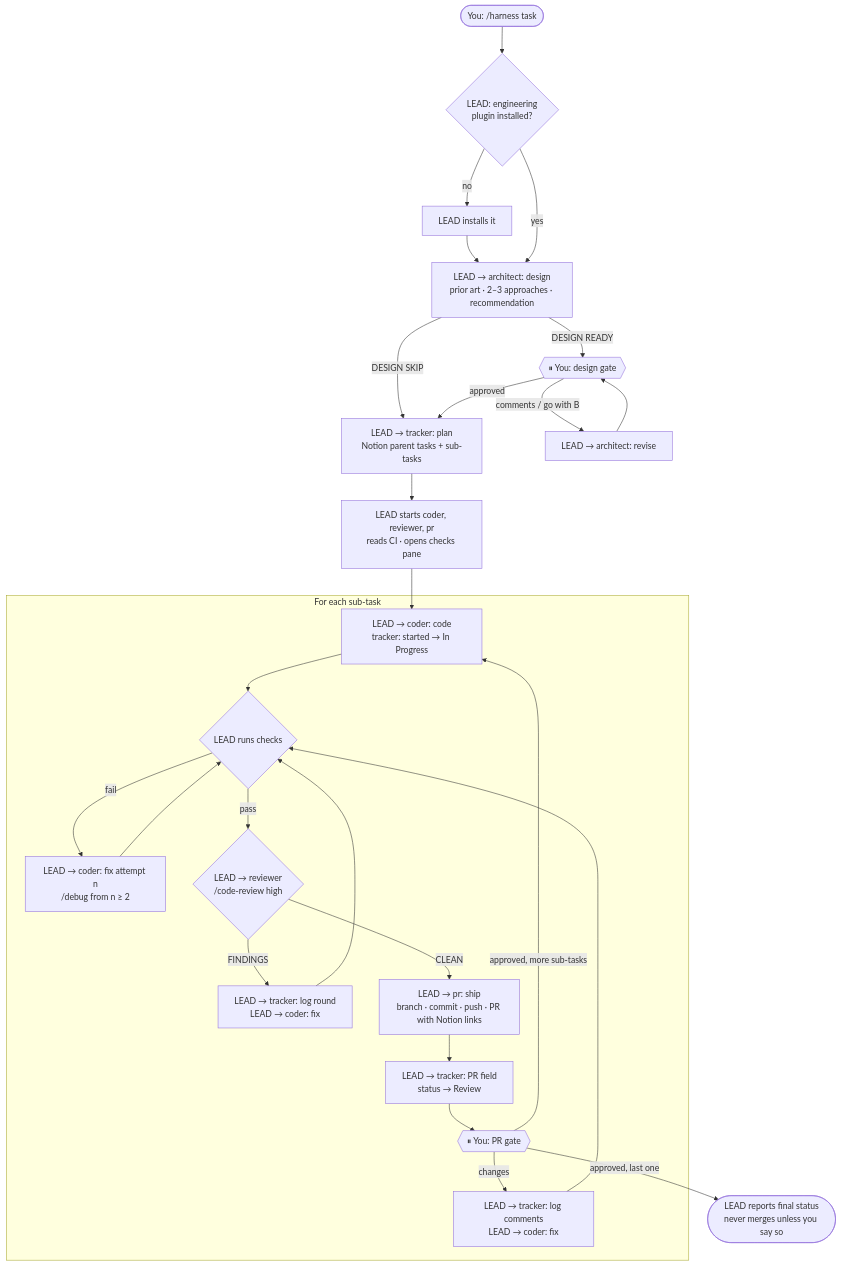
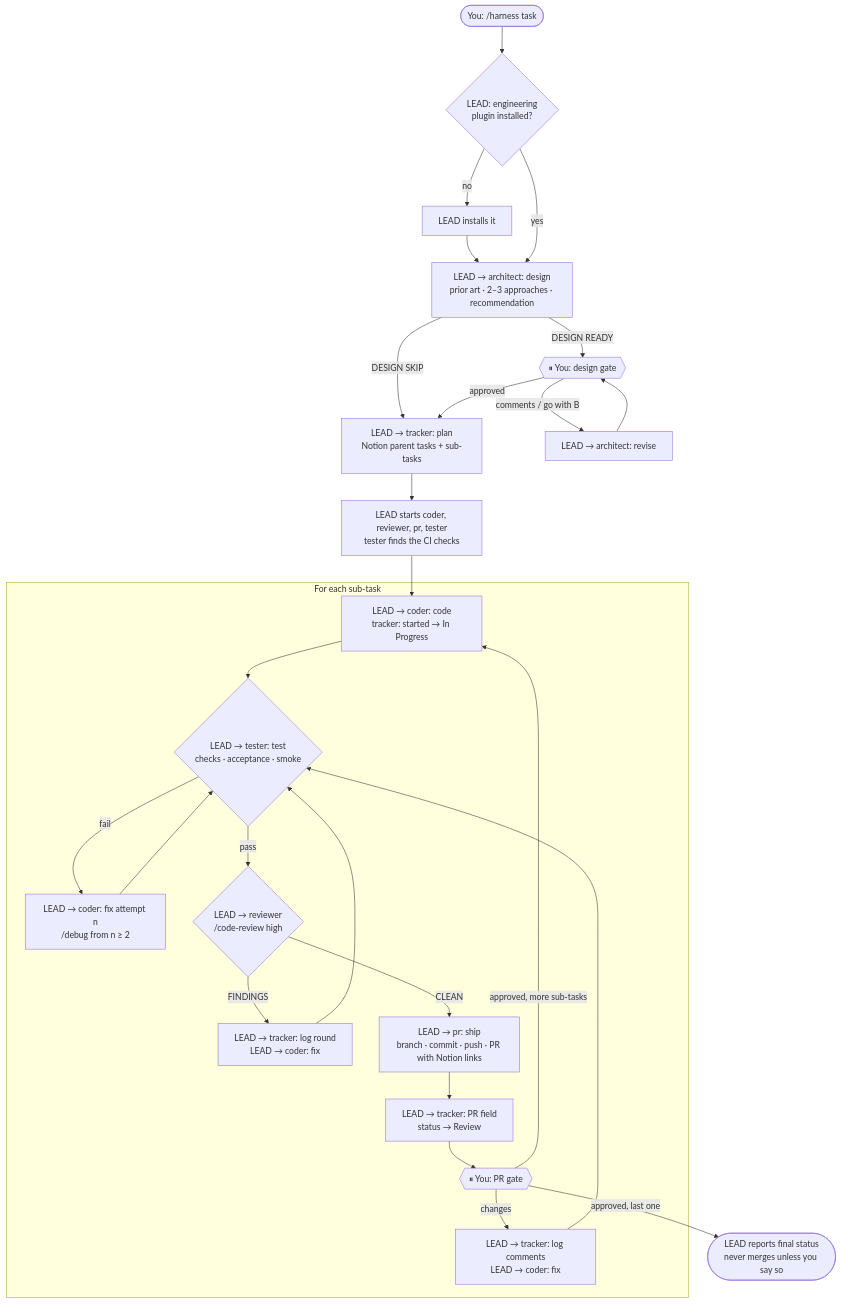
Before and after one commit to ericlau1987/dotfiles: the second of 2 diagrams in harness/FLOW.md, drawn with Mermaid. The commit also changed other lines of this file and 37 other files, not shown here.

Commit message:
harness: tester agent (own tab) runs CI checks, acceptance and smoke tests; vendored api-test-suite-builder, playwright-pro, performance-profiler

````diff
--- a/harness/FLOW.md
+++ b/harness/FLOW.md
@@ -71,26 +71,26 @@
 ```mermaid
 flowchart TD
   START(["You: /harness task"]) --> PRE{"LEAD: engineering<br/>plugin installed?"}
   PRE -->|no| INST["LEAD installs it"] --> A
   PRE -->|yes| A["LEAD → architect: design<br/>prior art · 2–3 approaches · recommendation"]
   A -->|DESIGN SKIP| T
   A -->|DESIGN READY| DG{{"⏸ You: design gate"}}
   DG -->|comments / go with B| REVISE["LEAD → architect: revise"] --> DG
   DG -->|approved| T["LEAD → tracker: plan<br/>Notion parent tasks + sub-tasks"]
-  T --> SETUP["LEAD starts coder, reviewer, pr<br/>reads CI · opens checks pane"]
+  T --> SETUP["LEAD starts coder, reviewer, pr, tester<br/>tester finds the CI checks"]
   SETUP --> CODE
 
   subgraph LOOP["For each sub-task"]
-    CODE["LEAD → coder: code<br/>tracker: started → In Progress"] --> TEST{"LEAD runs checks"}
+    CODE["LEAD → coder: code<br/>tracker: started → In Progress"] --> TEST{"LEAD → tester: test<br/>checks · acceptance · smoke"}
     TEST -->|fail| FIXT["LEAD → coder: fix attempt n<br/>/debug from n ≥ 2"] --> TEST
     TEST -->|pass| RV{"LEAD → reviewer<br/>/code-review high"}
     RV -->|FINDINGS| FIXR["LEAD → tracker: log round<br/>LEAD → coder: fix"] --> TEST
     RV -->|CLEAN| SHIP["LEAD → pr: ship<br/>branch · commit · push · PR with Notion links"]
     SHIP --> TL["LEAD → tracker: PR field<br/>status → Review"]
     TL --> PG{{"⏸ You: PR gate"}}
     PG -->|changes| FIXP["LEAD → tracker: log comments<br/>LEAD → coder: fix"] --> TEST
   end
 
   PG -->|approved, more sub-tasks| CODE
   PG -->|approved, last one| END(["LEAD reports final status<br/>never merges unless you say so"])
 ```
````
